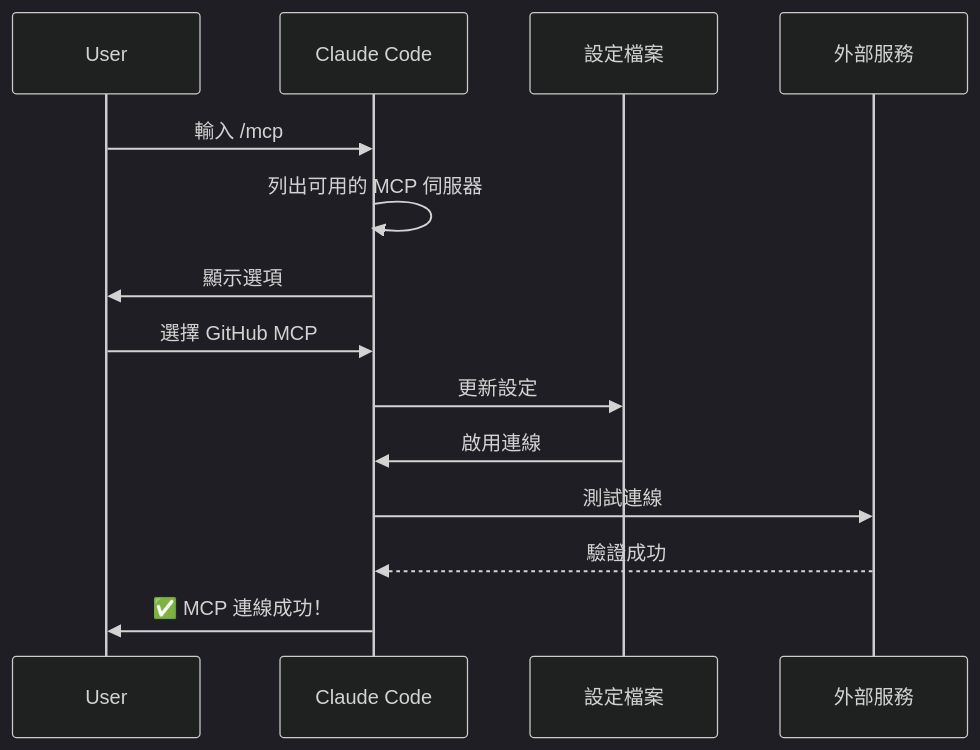
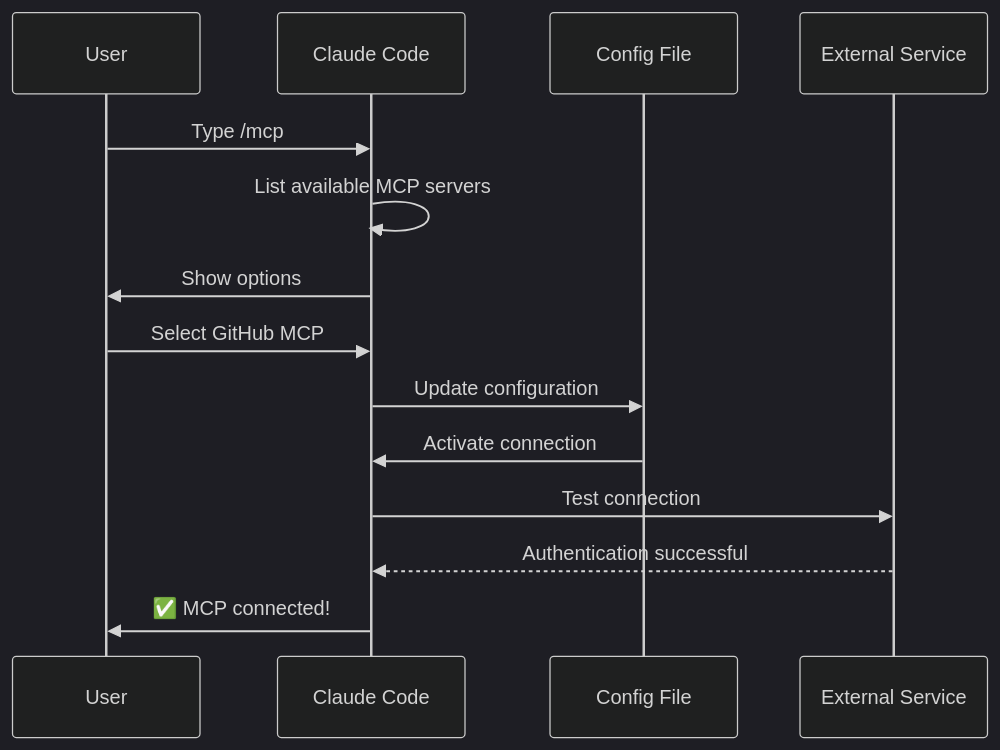
The third of 7 diagrams in 05-mcp/README.md (huckly/claude-howto-zh-tw), drawn with Mermaid (dark theme) before and after one commit. The commit also changed other lines of this file, not shown here.

Commit message:
🔌 05-mcp：MCP Protocol — 同步 v2.1.110

````diff
--- a/05-mcp/README.md
+++ b/05-mcp/README.md
@@ -177,17 +177,17 @@
 ```mermaid
 sequenceDiagram
     participant User
     participant Claude as Claude Code
-    participant Config as 設定檔案
-    participant Service as 外部服務
+    participant Config as Config File
+    participant Service as External Service
 
-    User->>Claude: 輸入 /mcp
-    Claude->>Claude: 列出可用的 MCP 伺服器
-    Claude->>User: 顯示選項
-    User->>Claude: 選擇 GitHub MCP
-    Claude->>Config: 更新設定
-    Config->>Claude: 啟用連線
-    Claude->>Service: 測試連線
-    Service-->>Claude: 驗證成功
-    Claude->>User: ✅ MCP 連線成功！
+    User->>Claude: Type /mcp
+    Claude->>Claude: List available MCP servers
+    Claude->>User: Show options
+    User->>Claude: Select GitHub MCP
+    Claude->>Config: Update configuration
+    Config->>Claude: Activate connection
+    Claude->>Service: Test connection
+    Service-->>Claude: Authentication successful
+    Claude->>User: ✅ MCP connected!
 ```
````
